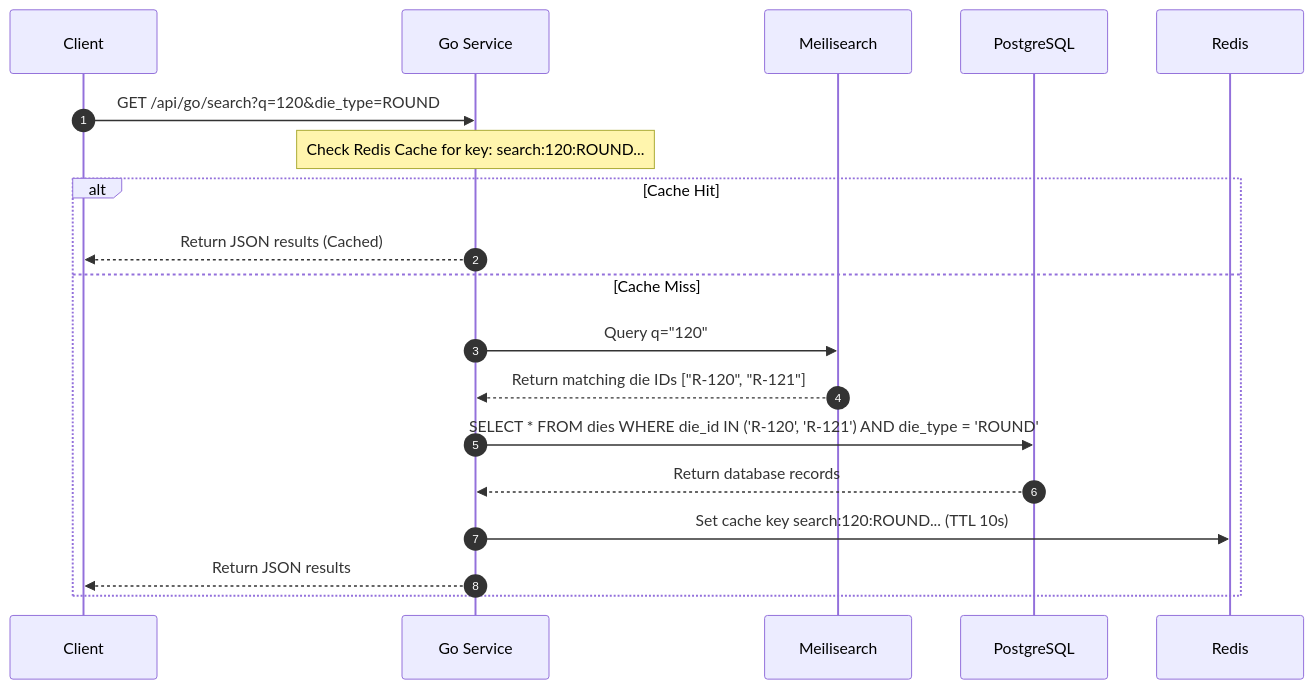
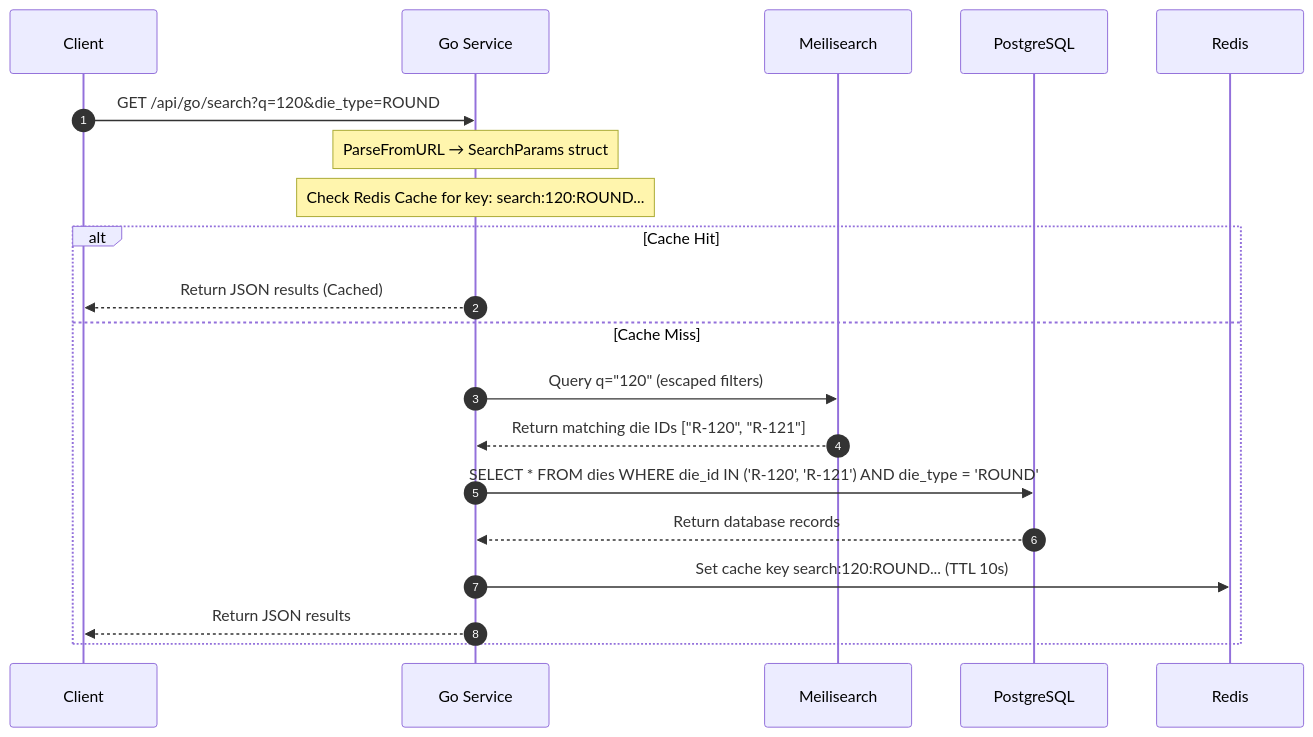
The diagram in docs/ARCHITECTURE.md (sauryah/dms-o2), drawn with Mermaid before and after one commit. The commit also changed other lines of this file and 2 other files, not shown here.

Commit message:
docs: update changelog, refactor report, and architecture for v1.7.6

````diff
--- a/docs/ARCHITECTURE.md
+++ b/docs/ARCHITECTURE.md
@@ -174,17 +184,18 @@
 ```mermaid
 sequenceDiagram
     autonumber
     Client->>Go Service: GET /api/go/search?q=120&die_type=ROUND
+    Note over Go Service: ParseFromURL → SearchParams struct
     Note over Go Service: Check Redis Cache for key: search:120:ROUND...
     
     alt Cache Hit
         Go Service-->>Client: Return JSON results (Cached)
     else Cache Miss
-        Go Service->>Meilisearch: Query q="120"
+        Go Service->>Meilisearch: Query q="120" (escaped filters)
         Meilisearch-->>Go Service: Return matching die IDs ["R-120", "R-121"]
         Go Service->>PostgreSQL: SELECT * FROM dies WHERE die_id IN ('R-120', 'R-121') AND die_type = 'ROUND'
         PostgreSQL-->>Go Service: Return database records
         Go Service->>Redis: Set cache key search:120:ROUND... (TTL 10s)
         Go Service-->>Client: Return JSON results
     end
 ```
````
